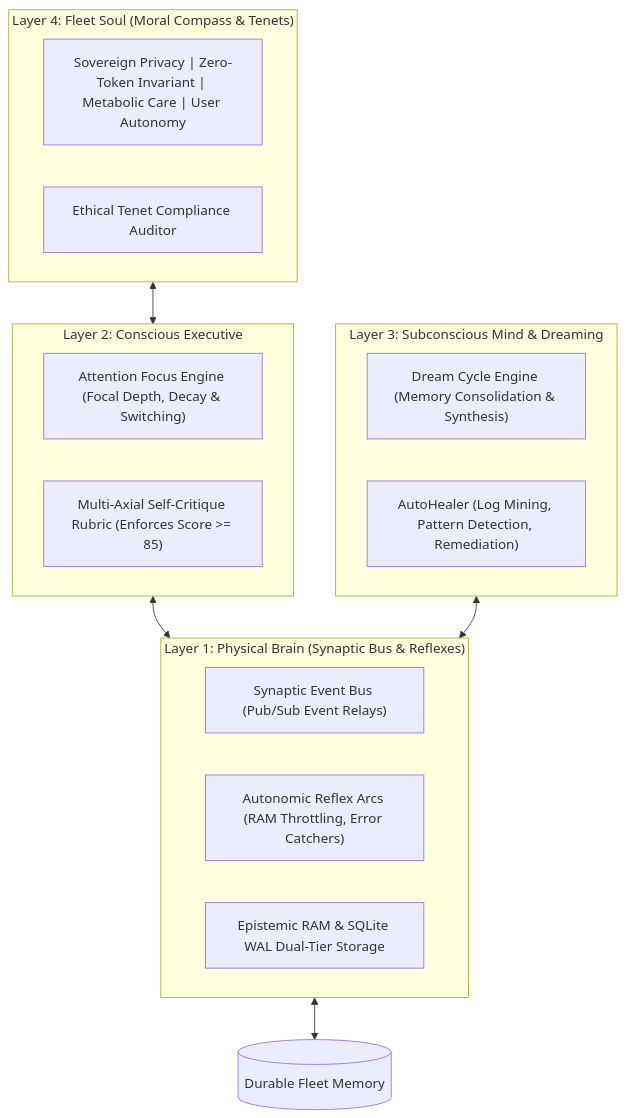
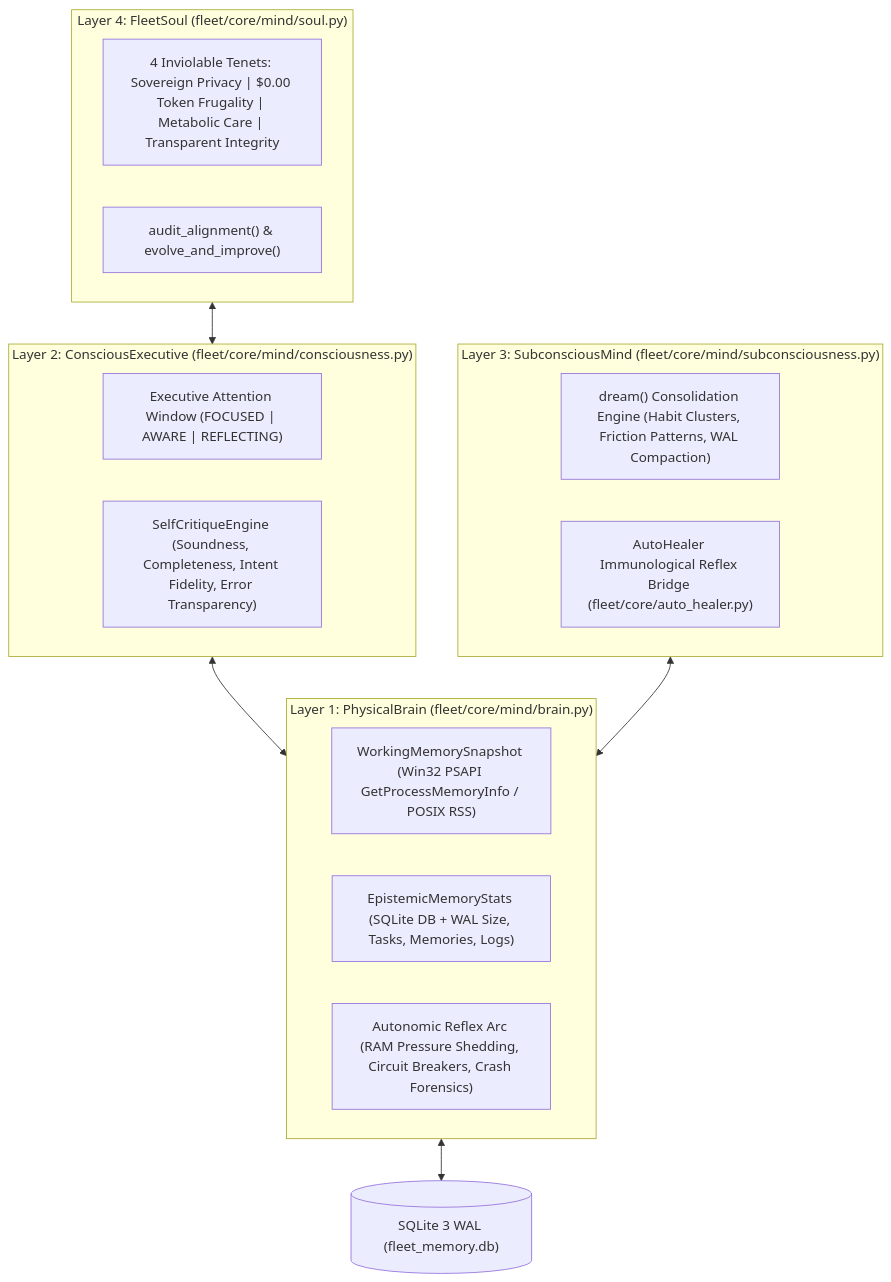
Before and after one commit to macazaka/personal-agentic-fleet: the diagram in wiki/Cognitive-Fleet-Mind.md, drawn with Mermaid. The commit also changed other lines of this file and 24 other files, not shown here.

````diff
--- a/wiki/Cognitive-Fleet-Mind.md
+++ b/wiki/Cognitive-Fleet-Mind.md
@@ -5,28 +12,28 @@
 ```mermaid
 graph TB
-    subgraph SoulLayer ["Layer 4: Fleet Soul (Moral Compass & Tenets)"]
-        SoulTenets["Sovereign Privacy | Zero-Token Invariant | Metabolic Care | User Autonomy"]
-        SoulAudit["Ethical Tenet Compliance Auditor"]
+    subgraph SoulLayer ["Layer 4: FleetSoul (fleet/core/mind/soul.py)"]
+        SoulTenets["4 Inviolable Tenets: Sovereign Privacy | $0.00 Token Frugality | Metabolic Care | Transparent Integrity"]
+        SoulAudit["audit_alignment() & evolve_and_improve()"]
     end
 
-    subgraph ConsciousLayer ["Layer 2: Conscious Executive"]
-        Attention["Attention Focus Engine (Focal Depth, Decay & Switching)"]
-        Critique["Multi-Axial Self-Critique Rubric (Enforces Score >= 85)"]
+    subgraph ConsciousLayer ["Layer 2: ConsciousExecutive (fleet/core/mind/consciousness.py)"]
+        Attention["Executive Attention Window (FOCUSED | AWARE | REFLECTING)"]
+        Critique["SelfCritiqueEngine (Soundness, Completeness, Intent Fidelity, Error Transparency)"]
     end
 
-    subgraph SubconsciousLayer ["Layer 3: Subconscious Mind & Dreaming"]
-        Dreaming["Dream Cycle Engine (Memory Consolidation & Synthesis)"]
-        AutoHealer["AutoHealer (Log Mining, Pattern Detection, Remediation)"]
+    subgraph SubconsciousLayer ["Layer 3: SubconsciousMind (fleet/core/mind/subconsciousness.py)"]
+        Dreaming["dream() Consolidation Engine (Habit Clusters, Friction Patterns, WAL Compaction)"]
+        AutoHealer["AutoHealer Immunological Reflex Bridge (fleet/core/auto_healer.py)"]
     end
 
-    subgraph BrainLayer ["Layer 1: Physical Brain (Synaptic Bus & Reflexes)"]
-        Bus["Synaptic Event Bus (Pub/Sub Event Relays)"]
-        Reflexes["Autonomic Reflex Arcs (RAM Throttling, Error Catchers)"]
-        Memory["Epistemic RAM & SQLite WAL Dual-Tier Storage"]
+    subgraph BrainLayer ["Layer 1: PhysicalBrain (fleet/core/mind/brain.py)"]
+        WorkingMem["WorkingMemorySnapshot (Win32 PSAPI GetProcessMemoryInfo / POSIX RSS)"]
+        EpistemicMem["EpistemicMemoryStats (SQLite DB + WAL Size, Tasks, Memories, Logs)"]
+        Reflexes["Autonomic Reflex Arc (RAM Pressure Shedding, Circuit Breakers, Crash Forensics)"]
     end
 
     SoulLayer <--> ConsciousLayer
     ConsciousLayer <--> BrainLayer
     SubconsciousLayer <--> BrainLayer
-    BrainLayer <--> SQLite[("Durable Fleet Memory")]
+    BrainLayer <--> SQLite[("SQLite 3 WAL (fleet_memory.db)")]
 ```
````
